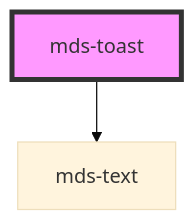
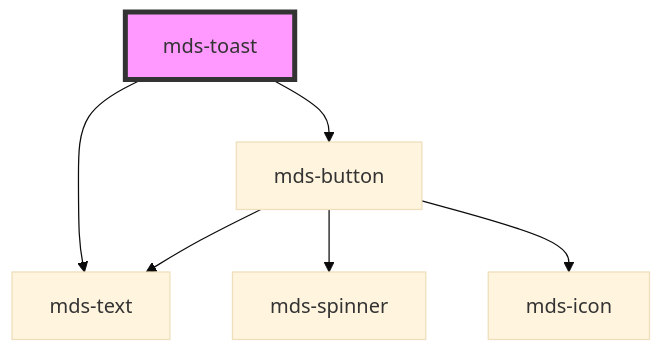
One commit to magma-design-system/magma changed the diagram in projects/stencil/src/components/mds-toast/readme.md. Above: the diagram before and after it, drawn with Mermaid (base theme). The commit also changed other lines of this file and 15 other files, not shown here.

First line of the commit message:
feat(mds-toast): add a hide arrow and hold the countdown while the toast is in use

````diff
--- a/projects/stencil/src/components/mds-toast/readme.md
+++ b/projects/stencil/src/components/mds-toast/readme.md
@@ -367,5 +393,9 @@
 ```mermaid
 graph TD;
   mds-toast --> mds-text
+  mds-toast --> mds-button
+  mds-button --> mds-spinner
+  mds-button --> mds-icon
+  mds-button --> mds-text
   style mds-toast fill:#f9f,stroke:#333,stroke-width:4px
 ```
````
